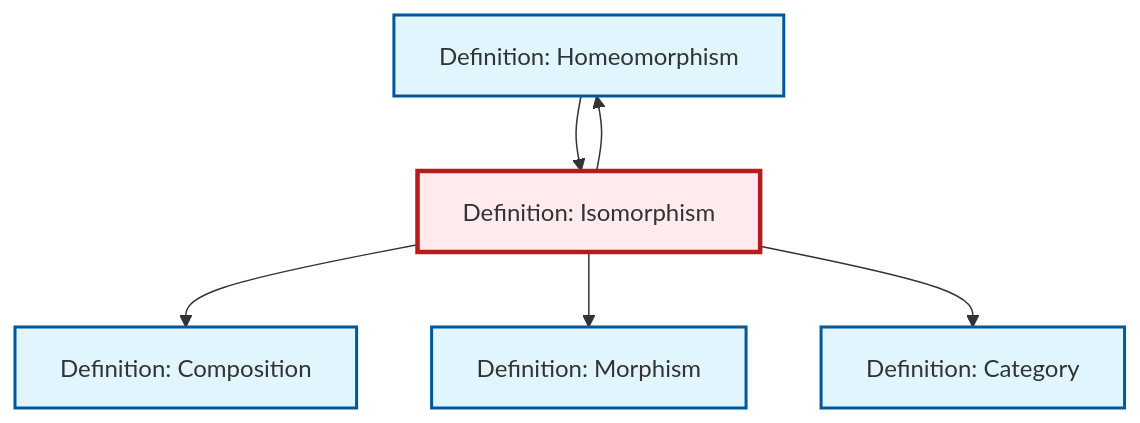
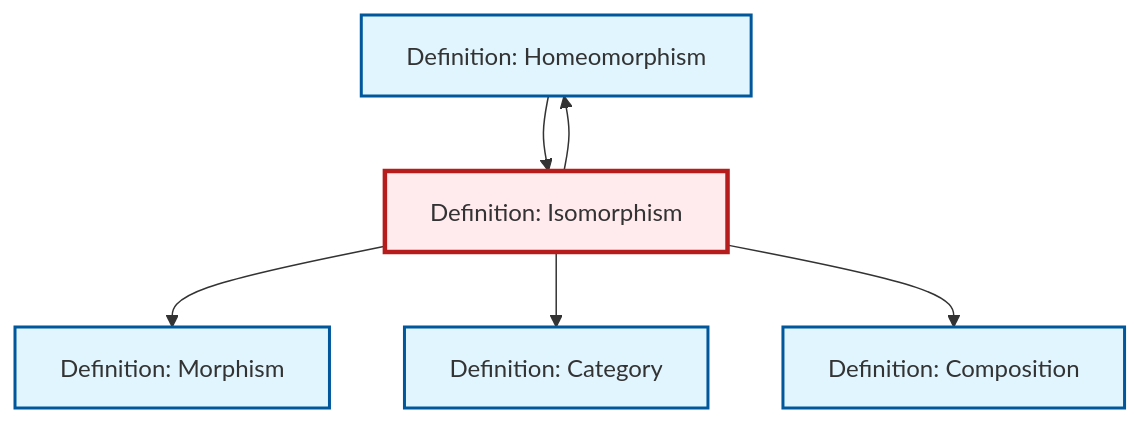
The diagram in content/en/category-theory/def-isomorphism.qmd (RK0429/ModernMath), drawn with Mermaid before and after one commit. The commit also changed other lines of this file and 531 other files, not shown here.

````diff
--- a/content/en/category-theory/def-isomorphism.qmd
+++ b/content/en/category-theory/def-isomorphism.qmd
@@ -83,24 +83,24 @@
 ```{mermaid}
 %%| fig-cap: "Local dependency graph"
 graph TD
     classDef definition fill:#e1f5fe,stroke:#01579b,stroke-width:2px
     classDef theorem fill:#f3e5f5,stroke:#4a148c,stroke-width:2px
     classDef axiom fill:#fff3e0,stroke:#e65100,stroke-width:2px
     classDef example fill:#e8f5e9,stroke:#1b5e20,stroke-width:2px
     classDef current fill:#ffebee,stroke:#b71c1c,stroke-width:3px
-    def-morphism["Definition: Morphism"]:::definition
     def-homeomorphism["Definition: Homeomorphism"]:::definition
     def-category["Definition: Category"]:::definition
     def-composition["Definition: Composition"]:::definition
+    def-morphism["Definition: Morphism"]:::definition
     def-isomorphism["Definition: Isomorphism"]:::definition
+    def-isomorphism --> def-morphism
+    def-isomorphism --> def-category
+    def-homeomorphism --> def-isomorphism
     def-isomorphism --> def-composition
     def-isomorphism --> def-homeomorphism
-    def-homeomorphism --> def-isomorphism
-    def-isomorphism --> def-morphism
-    def-isomorphism --> def-category
     class def-isomorphism current
-    click def-morphism "def-morphism.html" "Go to Morphism definition"
     click def-homeomorphism "def-homeomorphism.html" "Go to Homeomorphism definition"
     click def-category "def-category.html" "Go to Category definition"
     click def-composition "def-composition.html" "Go to Composition definition"
+    click def-morphism "def-morphism.html" "Go to Morphism definition"
 ```
````
